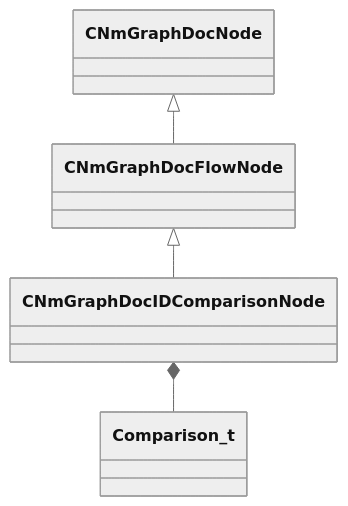
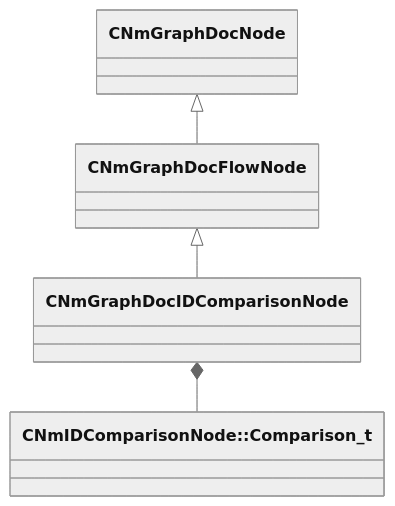
Before and after one commit to CS2OpenDev/CS2OpenDev-Docs: the diagram in docs/generated/schemas/animdoclib/CNmGraphDocIDComparisonNode.md, drawn with Mermaid (neutral theme). The commit also changed other lines of this file and 4525 other files, not shown here.

````diff
--- a/docs/generated/schemas/animdoclib/CNmGraphDocIDComparisonNode.md
+++ b/docs/generated/schemas/animdoclib/CNmGraphDocIDComparisonNode.md
@@ -17,6 +19,6 @@
 ```mermaid
 classDiagram
     CNmGraphDocFlowNode <|-- CNmGraphDocIDComparisonNode
     CNmGraphDocNode <|-- CNmGraphDocFlowNode
-    CNmGraphDocIDComparisonNode *-- Comparison_t
+    CNmGraphDocIDComparisonNode *-- `CNmIDComparisonNode::Comparison_t`
 ```
````
